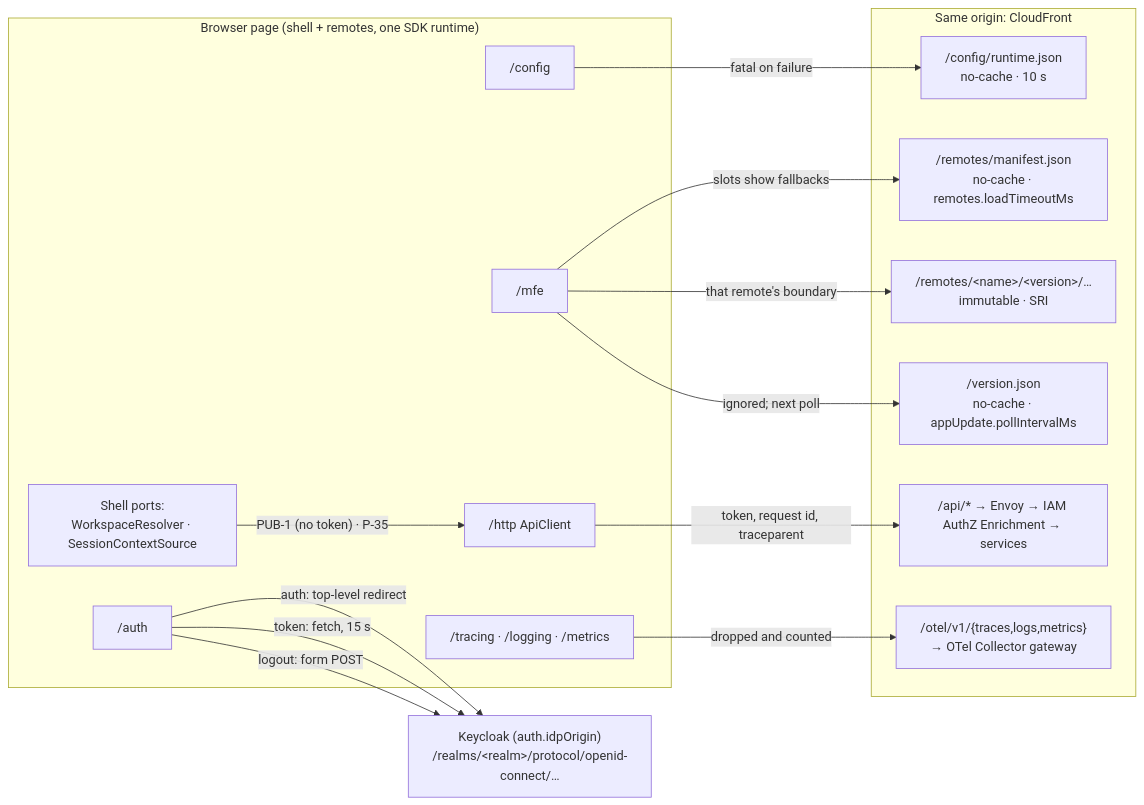
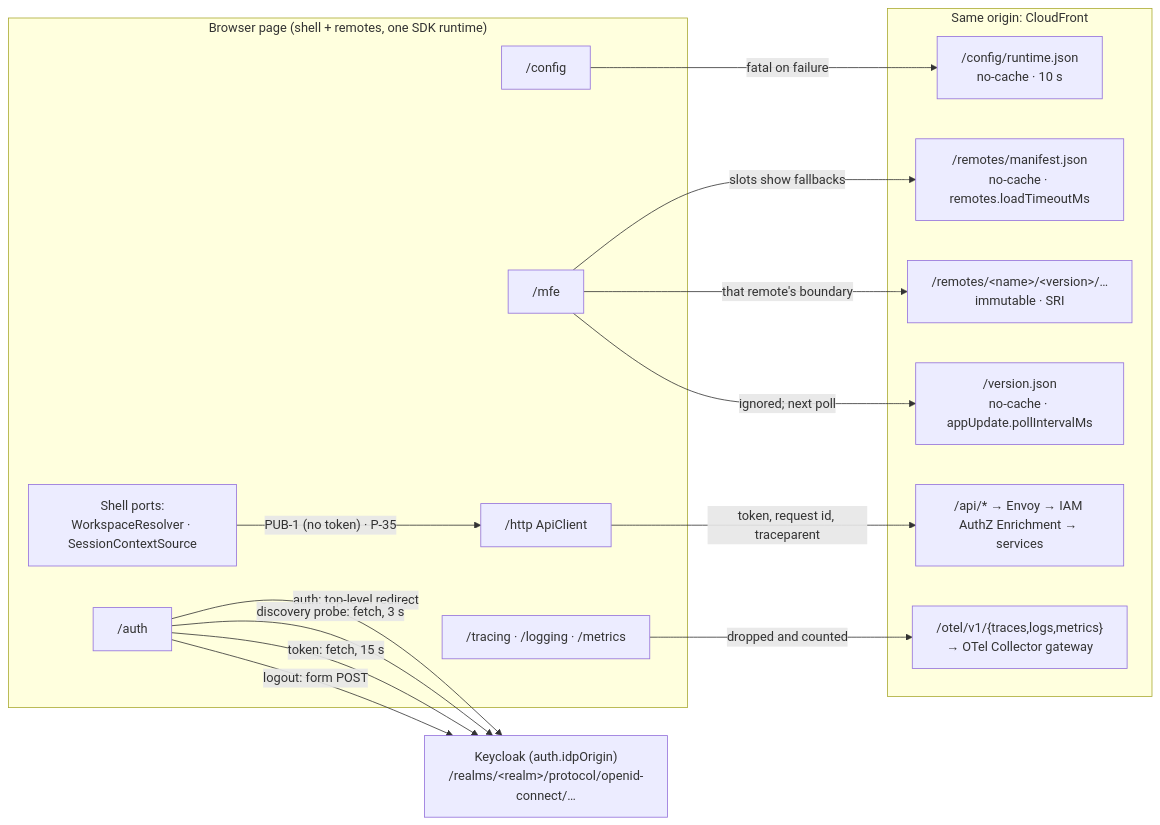
Before and after one commit to BCBP-SOLUTIONS-FZC-LLC/platform-reactcommon: diagram 11 of 21 in ARCHITECTURE.md, drawn with Mermaid. The commit also changed other lines of this file and 22 other files, not shown here.

````diff
--- a/ARCHITECTURE.md
+++ b/ARCHITECTURE.md
@@ -558,33 +564,34 @@
 ```mermaid
 flowchart LR
     subgraph page["Browser page (shell + remotes, one SDK runtime)"]
         cfg["/config"]
         auth["/auth"]
         http["/http ApiClient"]
         mfe["/mfe"]
         tel["/tracing · /logging · /metrics"]
         ports["Shell ports:<br/>WorkspaceResolver · SessionContextSource"]
     end
 
     subgraph cf["Same origin: CloudFront"]
         rj["/config/runtime.json<br/>no-cache · 10 s"]
         man["/remotes/manifest.json<br/>no-cache · remotes.loadTimeoutMs"]
         re["/remotes/&lt;name&gt;/&lt;version&gt;/…<br/>immutable · SRI"]
         ver["/version.json<br/>no-cache · appUpdate.pollIntervalMs"]
         api["/api/* → Envoy → IAM AuthZ Enrichment → services"]
         otel["/otel/v1/{traces,logs,metrics}<br/>→ OTel Collector gateway"]
     end
 
     kc["Keycloak (auth.idpOrigin)<br/>/realms/&lt;realm&gt;/protocol/openid-connect/…"]
 
     cfg -->|"fatal on failure"| rj
     mfe -->|"slots show fallbacks"| man
     mfe -->|"that remote's boundary"| re
     mfe -->|"ignored; next poll"| ver
     ports -->|"PUB-1 (no token) · P-35"| http
     http -->|"token, request id, traceparent"| api
     tel -->|"dropped and counted"| otel
     auth -->|"auth: top-level redirect"| kc
+    auth -->|"discovery probe: fetch, 3 s"| kc
     auth -->|"token: fetch, 15 s"| kc
     auth -->|"logout: form POST"| kc
 ```
````
